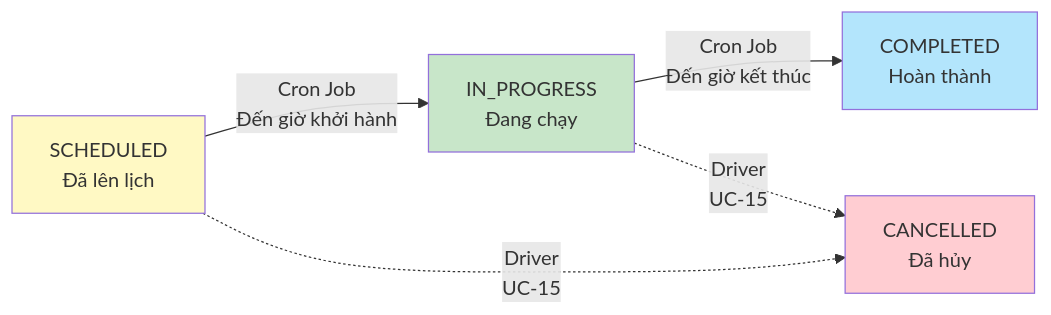
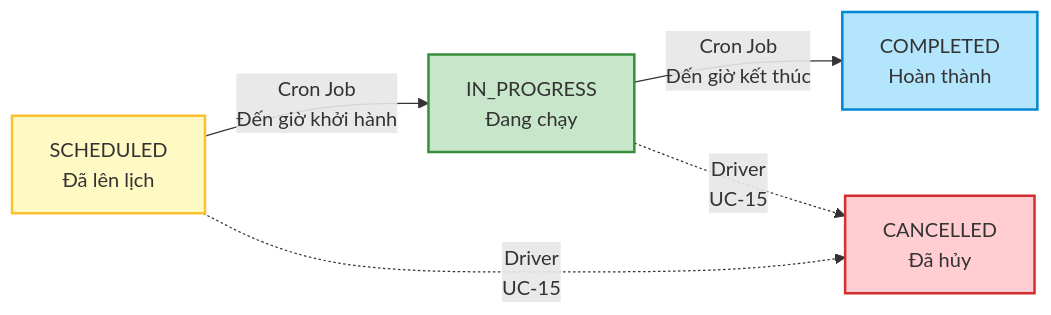
The second of 2 diagrams in diagrams/usecases/04-driver-usecase-diagram.md (letungduong24/train-booking), drawn with Mermaid before and after one commit. The commit also changed other lines of this file and 69 other files, not shown here.

````diff
--- a/diagrams/usecases/04-driver-usecase-diagram.md
+++ b/diagrams/usecases/04-driver-usecase-diagram.md
@@ -72,12 +87,12 @@
 ```mermaid
 graph LR
     SCHEDULED[SCHEDULED<br/>Đã lên lịch] -->|Cron Job<br/>Đến giờ khởi hành| IN_PROGRESS[IN_PROGRESS<br/>Đang chạy]
     IN_PROGRESS -->|Cron Job<br/>Đến giờ kết thúc| COMPLETED[COMPLETED<br/>Hoàn thành]
     SCHEDULED -.->|Driver<br/>UC-15| CANCELLED[CANCELLED<br/>Đã hủy]
     IN_PROGRESS -.->|Driver<br/>UC-15| CANCELLED
     
-    style SCHEDULED fill:#fff9c4
-    style IN_PROGRESS fill:#c8e6c9
-    style COMPLETED fill:#b3e5fc
-    style CANCELLED fill:#ffcdd2
+    style SCHEDULED fill:#fff9c4,stroke:#fbc02d,stroke-width:2px
+    style IN_PROGRESS fill:#c8e6c9,stroke:#388e3c,stroke-width:2px
+    style COMPLETED fill:#b3e5fc,stroke:#0288d1,stroke-width:2px
+    style CANCELLED fill:#ffcdd2,stroke:#d32f2f,stroke-width:2px
 ```
````
